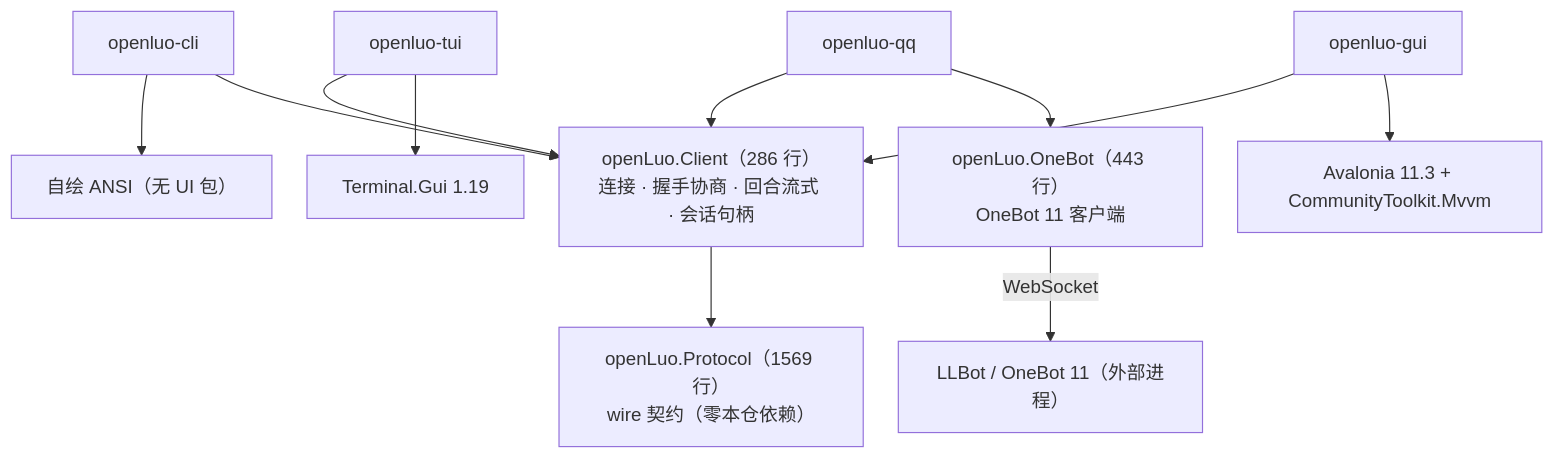
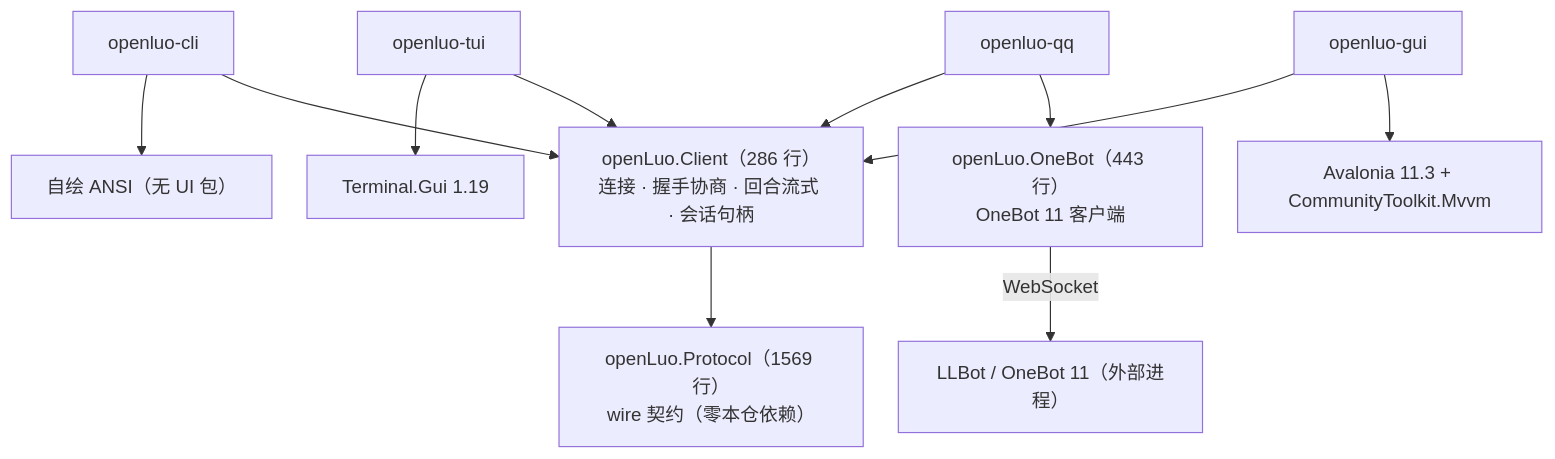
One commit to Yoitsu-Holo/openLuo changed the second of 2 diagrams in docs/architecture/layers.md. Above: the diagram before and after it, drawn with Mermaid. The commit also changed other lines of this file and 191 other files, not shown here.

````diff
--- a/docs/architecture/layers.md
+++ b/docs/architecture/layers.md
@@ -87,25 +89,25 @@
 ```mermaid
 %%{init: {"flowchart": {"nodeSpacing": 30, "rankSpacing": 45, "curve": "basis"}}}%%
 graph TD
   CLI["openluo-cli"]
   TUI["openluo-tui"]
   GUI["openluo-gui"]
   QQ["openluo-qq"]
   CL["openLuo.Client（286 行）<br/>连接 · 握手协商 · 回合流式 · 会话句柄"]
   OB["openLuo.OneBot（443 行）<br/>OneBot 11 客户端"]
   PRO["openLuo.Protocol（1569 行）<br/>wire 契约（零本仓依赖）"]
   ANSI["自绘 ANSI（无 UI 包）"]
   TG["Terminal.Gui 1.19"]
   AV["Avalonia 11.3 + CommunityToolkit.Mvvm"]
   LLBOT["LLBot / OneBot 11（外部进程）"]
+  TUI --> TG
   CLI --> ANSI
   CLI --> CL
   TUI --> CL
   GUI --> CL
   QQ --> CL
   QQ --> OB
+  GUI --> AV
   CL --> PRO
-  TUI --> TG
-  GUI --> AV
   OB -->|WebSocket| LLBOT
 ```
````
